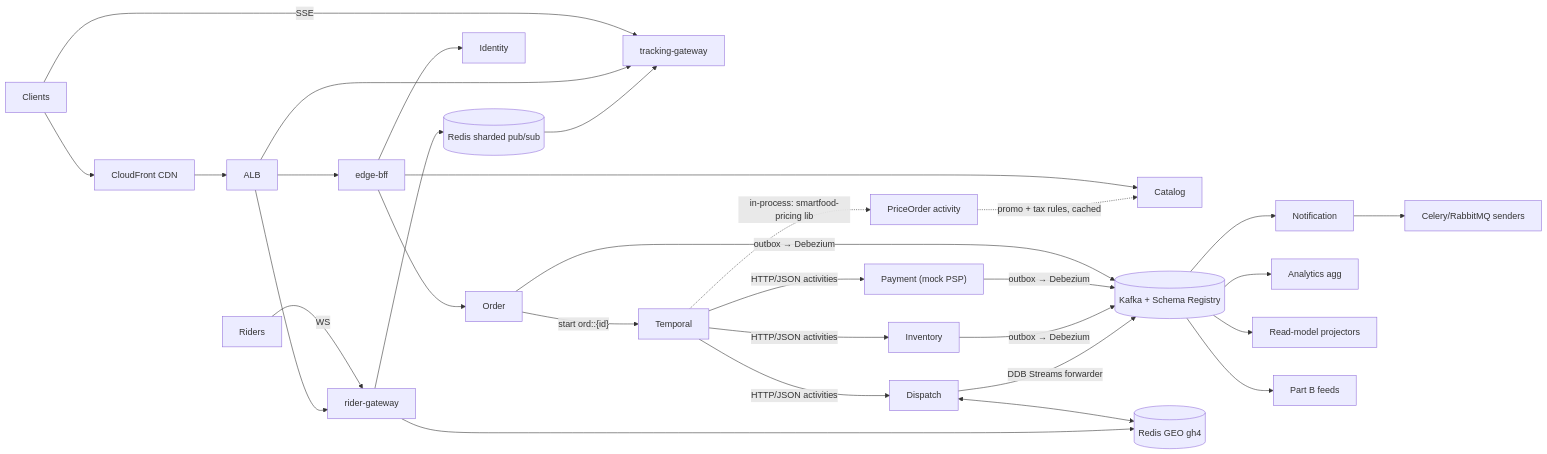
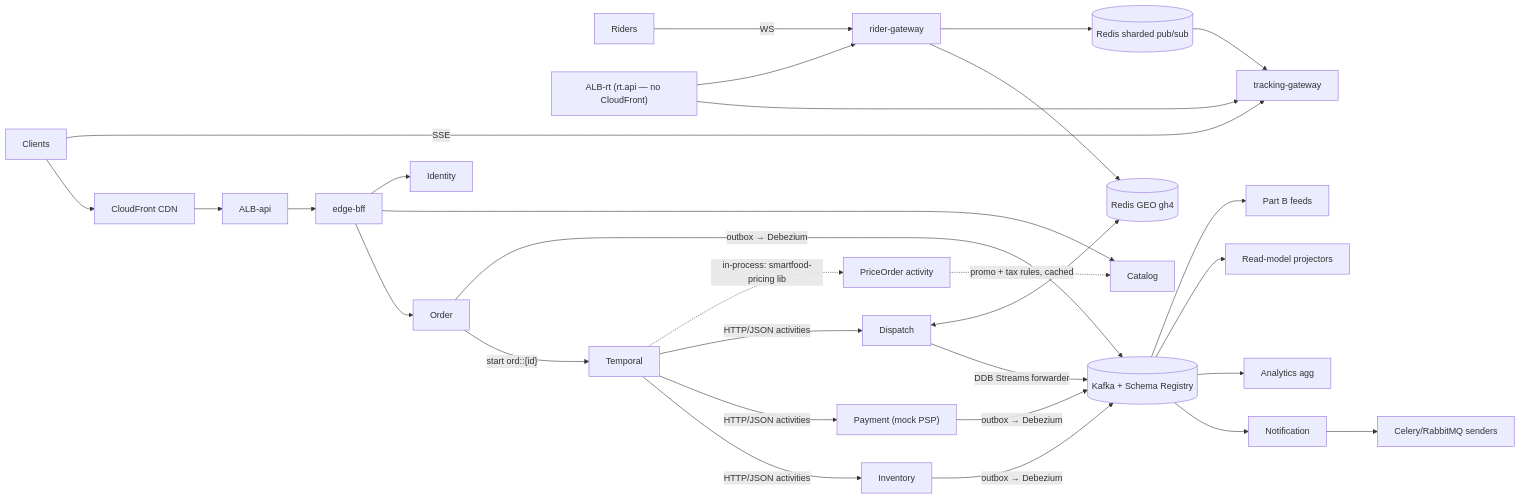
The second of 6 diagrams in docs/ARCHITECTURE.md (Aizazahmed-7/SmartFoodOps), drawn with Mermaid before and after one commit. The commit also changed other lines of this file and 25 other files, not shown here.

````diff
--- a/docs/ARCHITECTURE.md
+++ b/docs/ARCHITECTURE.md
@@ -93,19 +93,19 @@
 ```mermaid
 flowchart LR
-  C[Clients] --> CF[CloudFront CDN] --> ALB[ALB] --> GW[edge-bff]
+  C[Clients] --> CF[CloudFront CDN] --> ALB[ALB-api] --> GW[edge-bff]
   GW --> ORD[Order] & CAT[Catalog] & IDN[Identity]
   C -->|SSE| SSEG[tracking-gateway]
   RD[Riders] -->|WS| TG[rider-gateway]
-  ALB --> SSEG & TG
+  ALBRT["ALB-rt (rt.api — no CloudFront)"] --> SSEG & TG
   ORD -->|"start ord::{id}"| T[Temporal]
   T -->|HTTP/JSON activities| INV[Inventory] & PAY["Payment (mock PSP)"] & DSP[Dispatch]
   T -.->|"in-process: smartfood-pricing lib"| PRC["PriceOrder activity"]
   PRC -.->|promo + tax rules, cached| CAT
   ORD & PAY & INV -->|outbox → Debezium| K[("Kafka + Schema Registry")]
   DSP -->|DDB Streams forwarder| K
   K --> NOT[Notification] --> CEL["Celery/RabbitMQ senders"]
   K --> AGG[Analytics agg] & PROJ[Read-model projectors] & PB[Part B feeds]
   DSP <--> RGEO[("Redis GEO gh4")]
   TG --> RGEO
   TG --> PS[("Redis sharded pub/sub")] --> SSEG
 ```
````
